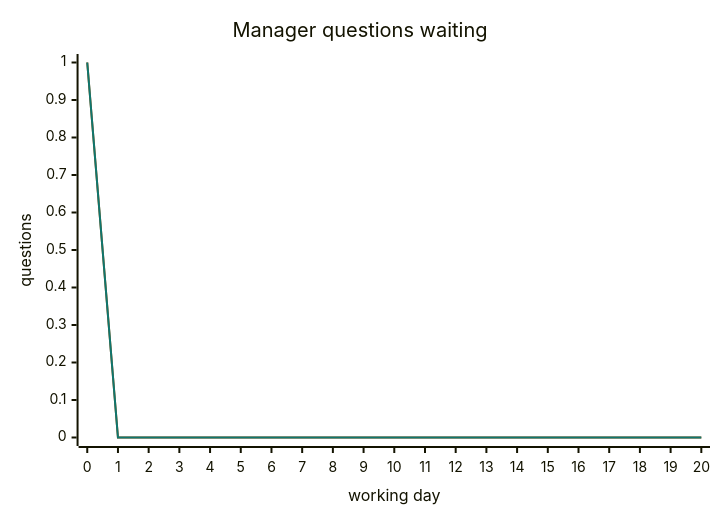
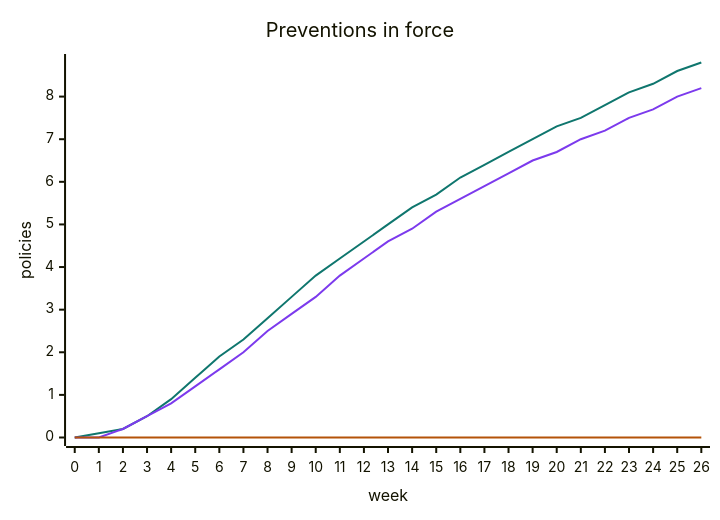
Diagram 13 of 38 in docs/user-story-diagrams.md (danroblewis/orchestra), drawn with Mermaid before and after one commit. The commit also changed other lines of this file and 30 other files, not shown here.

````diff
--- a/docs/user-story-diagrams.md
+++ b/docs/user-story-diagrams.md
@@ -389,14 +554,15 @@
 ```mermaid
 ---
 config:
   themeVariables:
     xyChart:
-      plotColorPalette: "#b45309, #0f766e"
+      plotColorPalette: "#0f766e, #7c3aed, #b45309"
 ---
 xychart-beta
-  title "Manager questions waiting"
-  x-axis "working day" [0, 1, 2, 3, 4, 5, 6, 7, 8, 9, 10, 11, 12, 13, 14, 15, 16, 17, 18, 19, 20]
-  y-axis "questions"
-  line [1.0, 0.0, 0.0, 0.0, 0.0, 0.0, 0.0, 0.0, 0.0, 0.0, 0.0, 0.0, 0.0, 0.0, 0.0, 0.0, 0.0, 0.0, 0.0, 0.0, 0.0]
-  line [1.0, 0.0, 0.0, 0.0, 0.0, 0.0, 0.0, 0.0, 0.0, 0.0, 0.0, 0.0, 0.0, 0.0, 0.0, 0.0, 0.0, 0.0, 0.0, 0.0, 0.0]
+  title "Preventions in force"
+  x-axis "week" [0, 1, 2, 3, 4, 5, 6, 7, 8, 9, 10, 11, 12, 13, 14, 15, 16, 17, 18, 19, 20, 21, 22, 23, 24, 25, 26]
+  y-axis "policies"
+  line [0.0, 0.1, 0.2, 0.5, 0.9, 1.4, 1.9, 2.3, 2.8, 3.3, 3.8, 4.2, 4.6, 5.0, 5.4, 5.7, 6.1, 6.4, 6.7, 7.0, 7.3, 7.5, 7.8, 8.1, 8.3, 8.6, 8.8]
+  line [0.0, 0.0, 0.2, 0.5, 0.8, 1.2, 1.6, 2.0, 2.5, 2.9, 3.3, 3.8, 4.2, 4.6, 4.9, 5.3, 5.6, 5.9, 6.2, 6.5, 6.7, 7.0, 7.2, 7.5, 7.7, 8.0, 8.2]
+  line [0.0, 0.0, 0.0, 0.0, 0.0, 0.0, 0.0, 0.0, 0.0, 0.0, 0.0, 0.0, 0.0, 0.0, 0.0, 0.0, 0.0, 0.0, 0.0, 0.0, 0.0, 0.0, 0.0, 0.0, 0.0, 0.0, 0.0]
 ```
````
